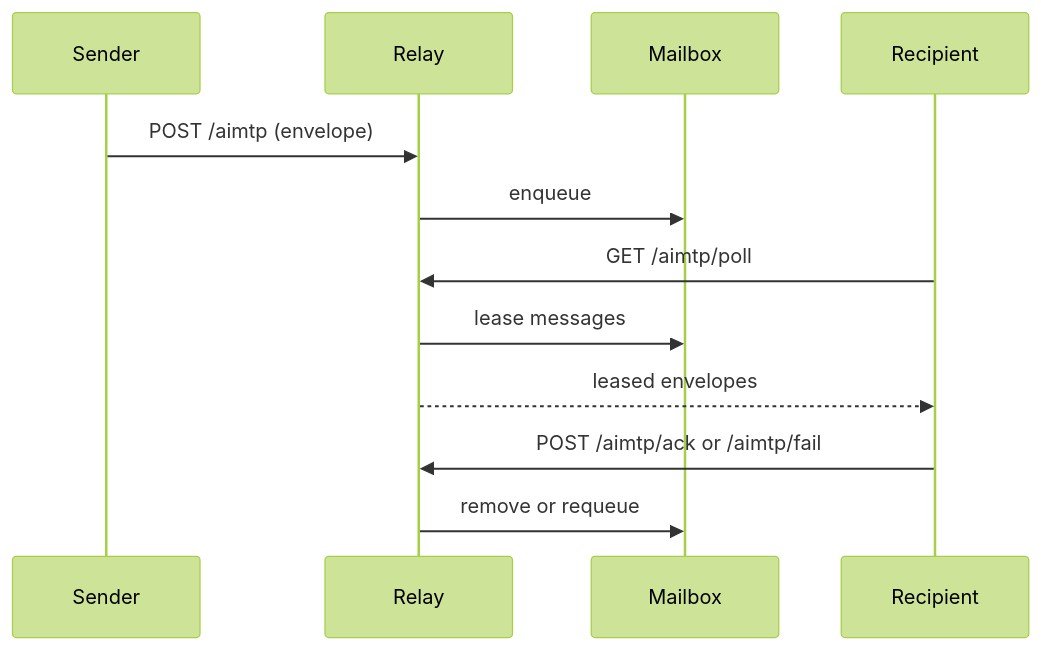
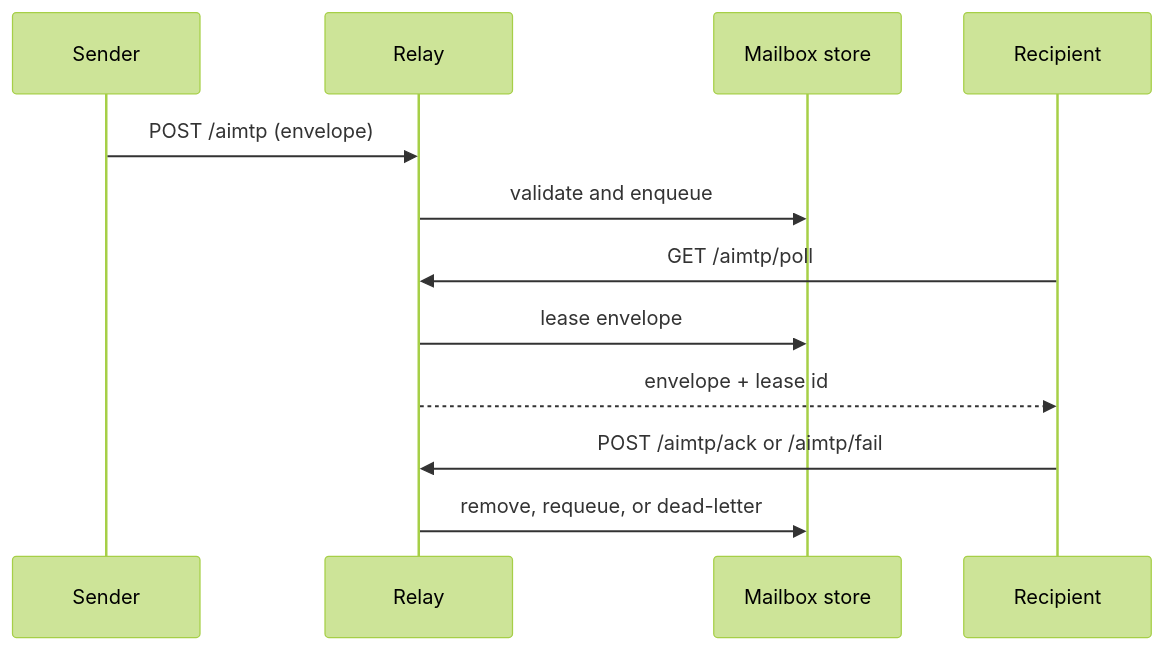
Before and after one commit to 2600i/AIMTP: the third of 3 diagrams in docs/architecture.md, drawn with Mermaid (forest theme). The commit also changed other lines of this file and 22 other files, not shown here.

````diff
--- a/docs/architecture.md
+++ b/docs/architecture.md
@@ -15,15 +91,15 @@
 ```mermaid
 sequenceDiagram
   participant Sender
   participant Relay
-  participant Mailbox
+  participant Store as Mailbox store
   participant Recipient
 
   Sender->>Relay: POST /aimtp (envelope)
-  Relay->>Mailbox: enqueue
+  Relay->>Store: validate and enqueue
   Recipient->>Relay: GET /aimtp/poll
-  Relay->>Mailbox: lease messages
-  Relay-->>Recipient: leased envelopes
+  Relay->>Store: lease envelope
+  Relay-->>Recipient: envelope + lease id
   Recipient->>Relay: POST /aimtp/ack or /aimtp/fail
-  Relay->>Mailbox: remove or requeue
+  Relay->>Store: remove, requeue, or dead-letter
 ```
````
